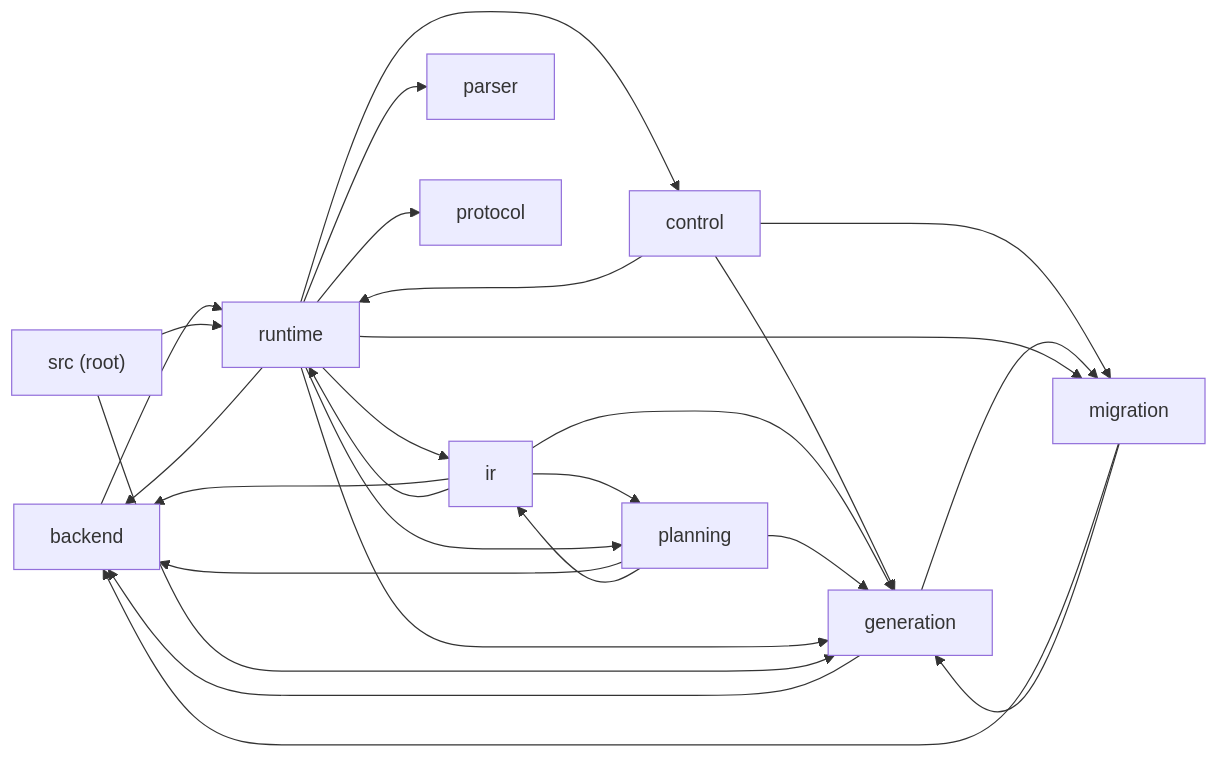
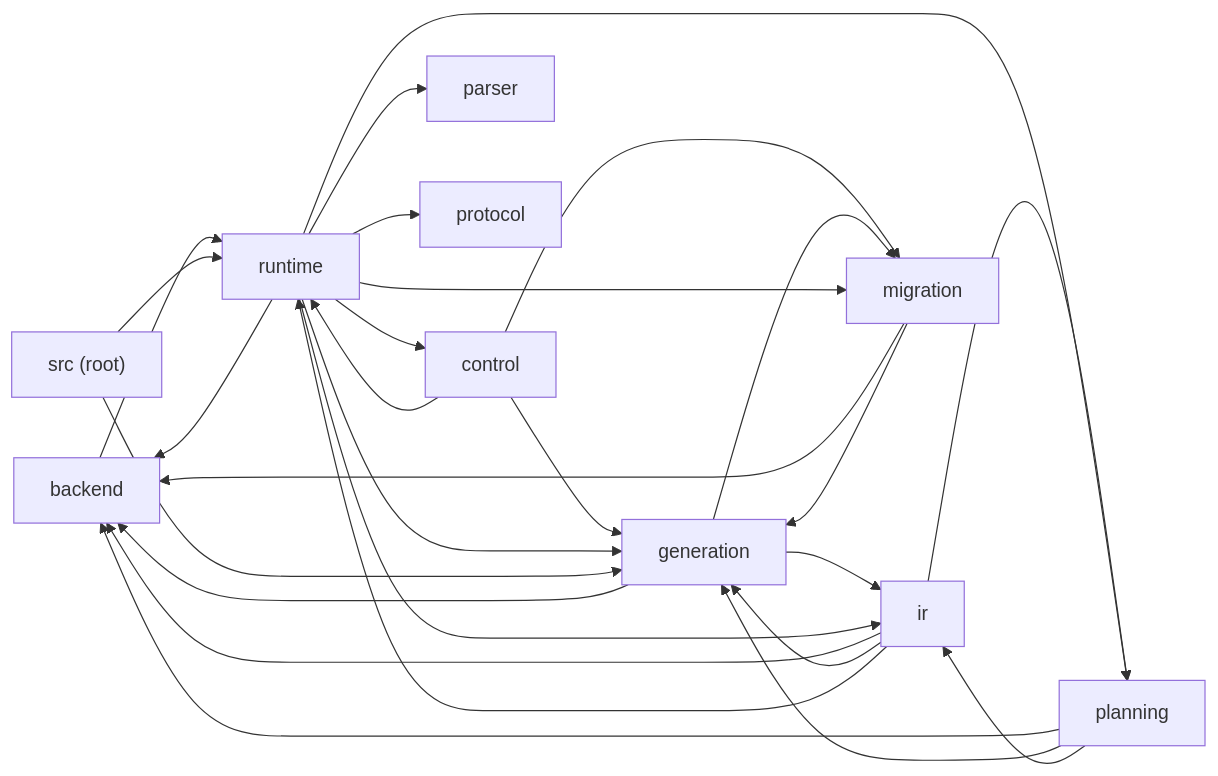
Before and after one commit to fahara02/udb: the first of 2 diagrams in udb-skill/plugins/udb/skills/udb-coding/references/codebase-map.md, drawn with Mermaid. The commit also changed other lines of this file and 356 other files, not shown here.

````diff
--- a/udb-skill/plugins/udb/skills/udb-coding/references/codebase-map.md
+++ b/udb-skill/plugins/udb/skills/udb-coding/references/codebase-map.md
@@ -15,38 +15,39 @@
 ```mermaid
 graph LR
   backend["backend"]
   control["control"]
   generation["generation"]
   ir["ir"]
   migration["migration"]
   parser["parser"]
   planning["planning"]
   protocol["protocol"]
   runtime["runtime"]
   src__root_["src (root)"]
   backend --> runtime
   control --> generation
   control --> migration
   control --> runtime
   generation --> backend
+  generation --> ir
   generation --> migration
   ir --> backend
   ir --> generation
   ir --> planning
   ir --> runtime
   migration --> backend
   migration --> generation
   planning --> backend
   planning --> generation
   planning --> ir
   runtime --> backend
   runtime --> control
   runtime --> generation
   runtime --> ir
   runtime --> migration
   runtime --> parser
   runtime --> planning
   runtime --> protocol
   src__root_ --> generation
   src__root_ --> runtime
 ```
````
